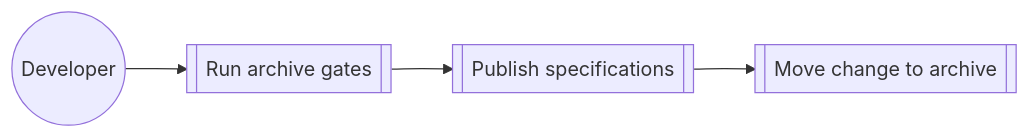
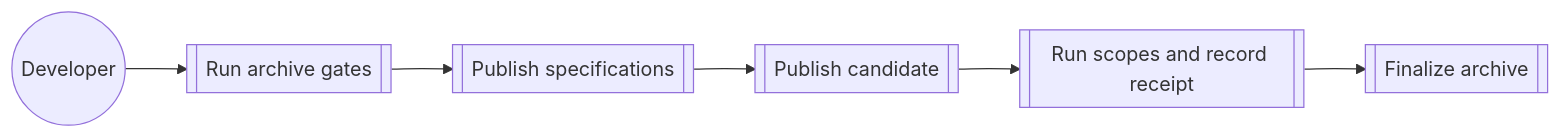
The diagram in givn/specs/archive-change/usecase.md (buster/givn), drawn with Mermaid before and after one commit. The commit also changed other lines of this file and 24 other files, not shown here.

Commit message:
chore(archive-proof): publish archive candidate

````diff
--- a/givn/specs/archive-change/usecase.md
+++ b/givn/specs/archive-change/usecase.md
@@ -90,6 +106,8 @@
 ```mermaid
 flowchart LR
   Actor((Developer)) --> Gate[[Run archive gates]]
   Gate --> Merge[[Publish specifications]]
-  Merge --> Archive[[Move change to archive]]
+  Merge --> Candidate[[Publish candidate]]
+  Candidate --> Proof[[Run scopes and record receipt]]
+  Proof --> Archive[[Finalize archive]]
 ```
````
